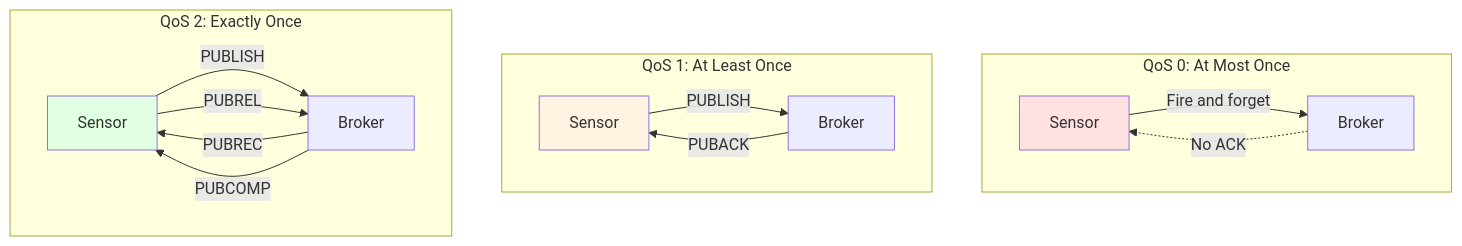
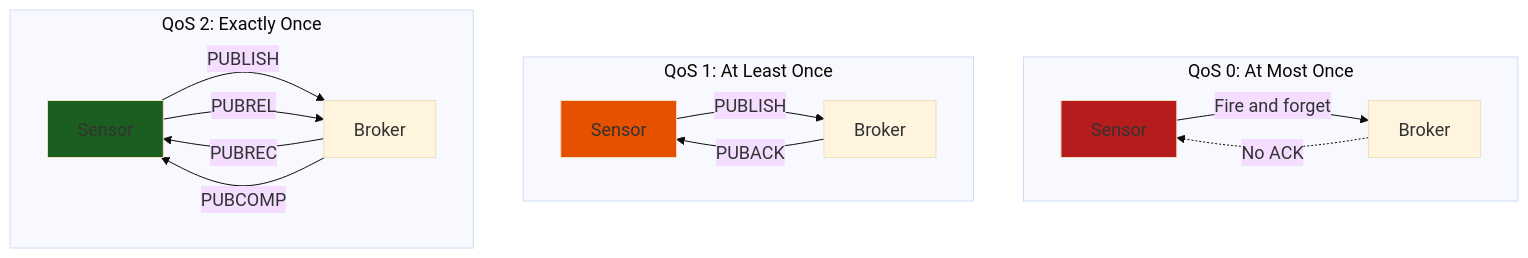
The fifth of 14 diagrams in courses/🟡-development/FPUNA-2026/02-ELECTRONICA-AUTOMATIZACION/05-iot-visualizacion-datos.md (Ai-Whisperers/Courses-Content), drawn with Mermaid before and after one commit. The commit also changed other lines of this file and 47 other files, not shown here.

First line of the commit message:
fix: Make all 473 diagrams WCAG AAA accessible (FPUNA-2026)

````diff
--- a/courses/🟡-development/FPUNA-2026/02-ELECTRONICA-AUTOMATIZACION/05-iot-visualizacion-datos.md
+++ b/courses/🟡-development/FPUNA-2026/02-ELECTRONICA-AUTOMATIZACION/05-iot-visualizacion-datos.md
@@ -197,23 +201,24 @@
 ```mermaid
+%%{init: {'theme':'base', 'themeVariables': {'fontSize':'18px'}}}%%
 graph TD
     subgraph "QoS 0: At Most Once"
         A1[Sensor] -->|Fire and forget| B1[Broker]
         B1 -.No ACK.-> A1
     end
     
     subgraph "QoS 1: At Least Once"
         A2[Sensor] -->|PUBLISH| B2[Broker]
         B2 -->|PUBACK| A2
     end
     
     subgraph "QoS 2: Exactly Once"
         A3[Sensor] -->|PUBLISH| B3[Broker]
         B3 -->|PUBREC| A3
         A3 -->|PUBREL| B3
         B3 -->|PUBCOMP| A3
     end
     
-    style A1 fill:#FFE1E1
-    style A2 fill:#FFF4E1
-    style A3 fill:#E1FFE1
+    style A1 fill:#b71c1c
+    style A2 fill:#e65100
+    style A3 fill:#1b5e20
 ```
````
